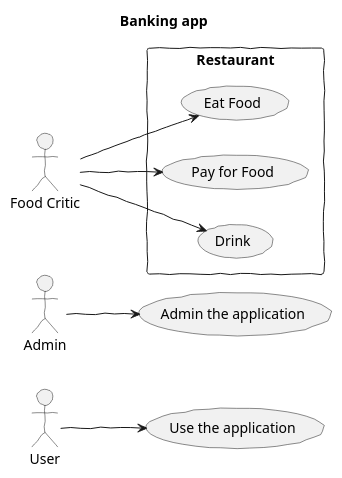
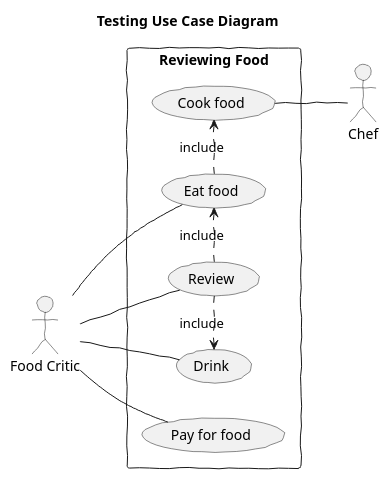
One commit to mikezamayias/glowing-sniffle changed the diagram in Current Courses/Agile Programming/Assignments/Assignment UML/testing_diagrams/use_case.wsd. Above: the diagram before and after it, drawn with PlantUML. The commit also changed 2 other files, not shown here.

Commit message:
updated use case diagram, hopefuly finished it too.

```diff
--- a/Current Courses/Agile Programming/Assignments/Assignment UML/testing_diagrams/use_case.wsd
+++ b/Current Courses/Agile Programming/Assignments/Assignment UML/testing_diagrams/use_case.wsd
@@ -1,25 +1,34 @@
 @startuml
 skinparam handwritten true
 skinparam monochrome true
 skinparam DefaultFontName xkcd Script
+' skinparam packageStyle rectangle
+left to right direction
 
-title Banking app
+title Testing Use Case Diagram
 
-User --> (Use)
-"Use the application" as (Use)
+actor "Food Critic" as foodCritic
+actor "Chef" as chef
 
-Admin --> (Main Admin)
-"Admin the application" as (Main Admin)
+rectangle "Reviewing Food" {
+  foodCritic -- (Eat food)
+  foodCritic -- (Drink)
+  foodCritic -- (Review)
+  foodCritic -- (Pay for food)
+  (Cook food) -- chef
+  (Eat food) .> (Cook food) : include
+  (Review) .> (Eat food) : include
+  (Review) .> (Drink) : include
+}
 
-left to right direction
-actor "Food Critic" as fc
-rectangle Restaurant {
-  usecase "Eat Food" as UC1
-  usecase "Pay for Food" as UC2
-  usecase "Drink" as UC3
-}
-fc --> UC1
-fc --> UC2
-fc --> UC3
+' actor customer
+' actor employee
+' rectangle checkout {
+'   customer -- (checkout)
+'   (checkout) .> (payment) : include
+'   (help) .> (checkout) : extends
+'   (checkout) -- employee
+' }
+
 
 @enduml
```
